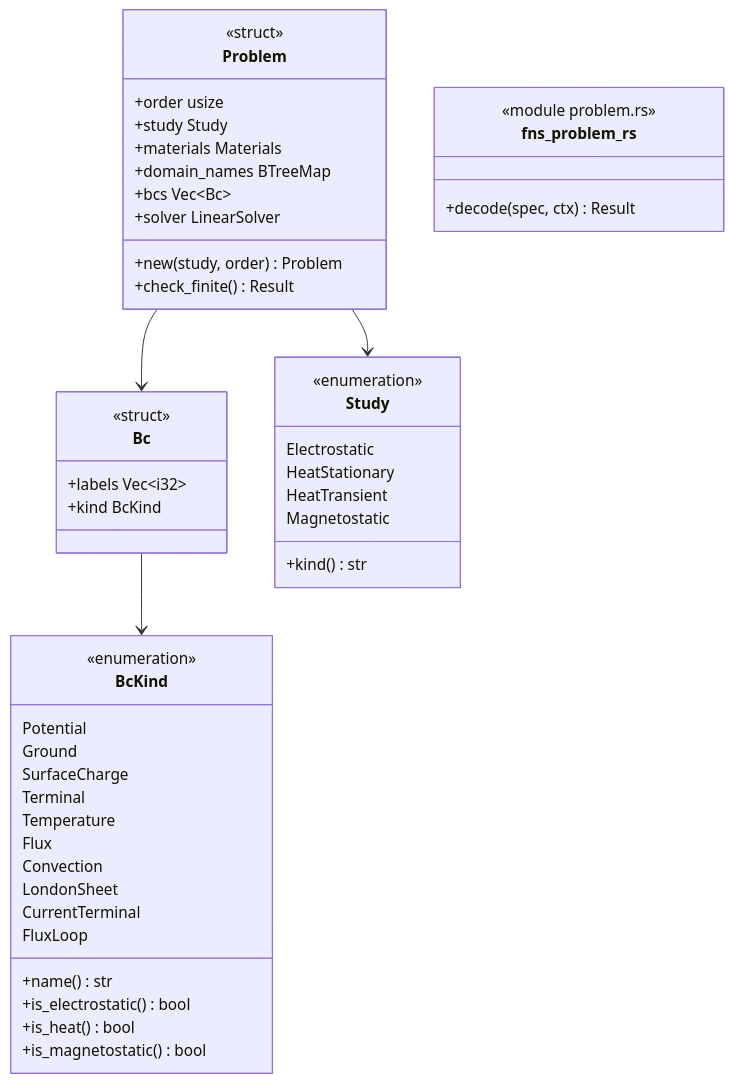
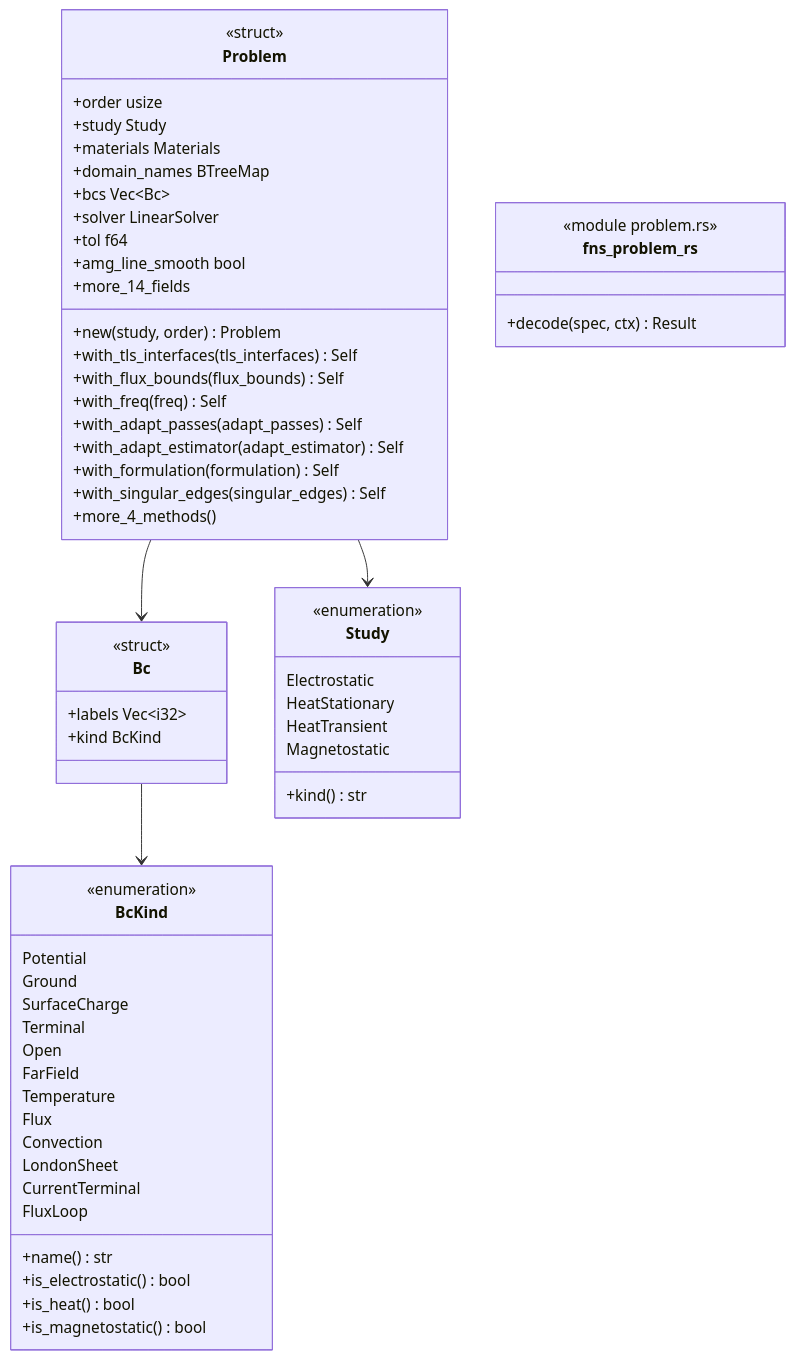
Before and after one commit to p-j-r/nyx: the diagram in docs/architecture/c4/4-code/dfs/problem.md, drawn with Mermaid. The commit also changed other lines of this file and 150 other files, not shown here.

````diff
--- a/docs/architecture/c4/4-code/dfs/problem.md
+++ b/docs/architecture/c4/4-code/dfs/problem.md
@@ -37,51 +37,63 @@
 ```mermaid
 classDiagram
   class BcKind {
       <<enumeration>>
       Potential
       Ground
       SurfaceCharge
       Terminal
+      Open
+      FarField
       Temperature
       Flux
       Convection
       LondonSheet
       CurrentTerminal
       FluxLoop
       +name() str
       +is_electrostatic() bool
       +is_heat() bool
       +is_magnetostatic() bool
   }
   class Bc {
       <<struct>>
       +labels Vec~i32~
       +kind BcKind
   }
   class Study {
       <<enumeration>>
       Electrostatic
       HeatStationary
       HeatTransient
       Magnetostatic
       +kind() str
   }
   class Problem {
       <<struct>>
       +order usize
       +study Study
       +materials Materials
       +domain_names BTreeMap
       +bcs Vec~Bc~
       +solver LinearSolver
+      +tol f64
+      +amg_line_smooth bool
+      +more_14_fields
       +new(study, order) Problem
-      +check_finite() Result
+      +with_tls_interfaces(tls_interfaces) Self
+      +with_flux_bounds(flux_bounds) Self
+      +with_freq(freq) Self
+      +with_adapt_passes(adapt_passes) Self
+      +with_adapt_estimator(adapt_estimator) Self
+      +with_formulation(formulation) Self
+      +with_singular_edges(singular_edges) Self
+      +more_4_methods()
   }
   class fns_problem_rs {
       <<module problem.rs>>
       +decode(spec, ctx) Result
   }
   Bc --> BcKind
   Problem --> Study
   Problem --> Bc
 ```
````
